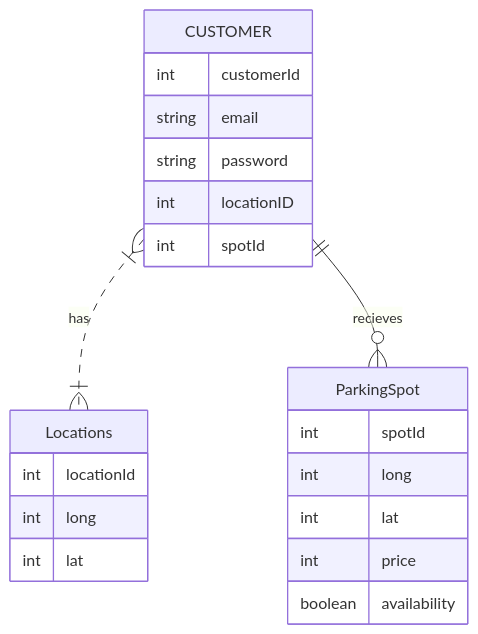
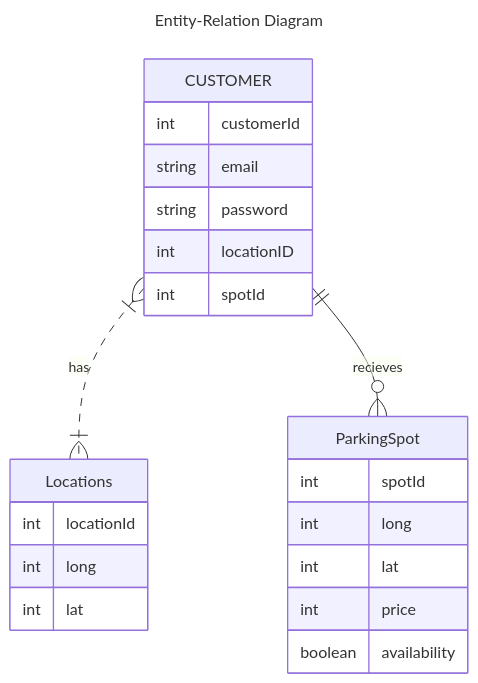
Diagram 11 of 11 in documentation/docs/system-architecture/design.md (Capstone-Projects-2023-Spring/project-tutraffic), drawn with Mermaid before and after one commit. The commit also changed other lines of this file, not shown here.

Commit message:
consistent figure notation & captions added

````diff
--- a/documentation/docs/system-architecture/design.md
+++ b/documentation/docs/system-architecture/design.md
@@ -385,24 +407,27 @@
 ```mermaid
+---
+title: Entity-Relation Diagram
+---
 erDiagram
     CUSTOMER }|..|{ Locations : has
     CUSTOMER ||--o{ ParkingSpot : recieves
     CUSTOMER {
         int customerId
         string email
         string password
         int locationID
         int spotId
     }
     Locations{
         int locationId
         int long
         int lat
     }
     ParkingSpot{
         int spotId
         int long
         int lat
         int price
         boolean availability
     }
 ```
````
